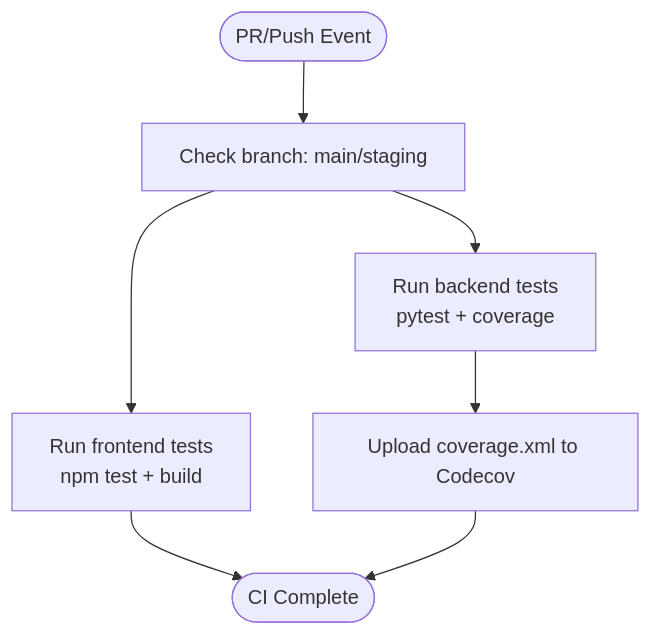
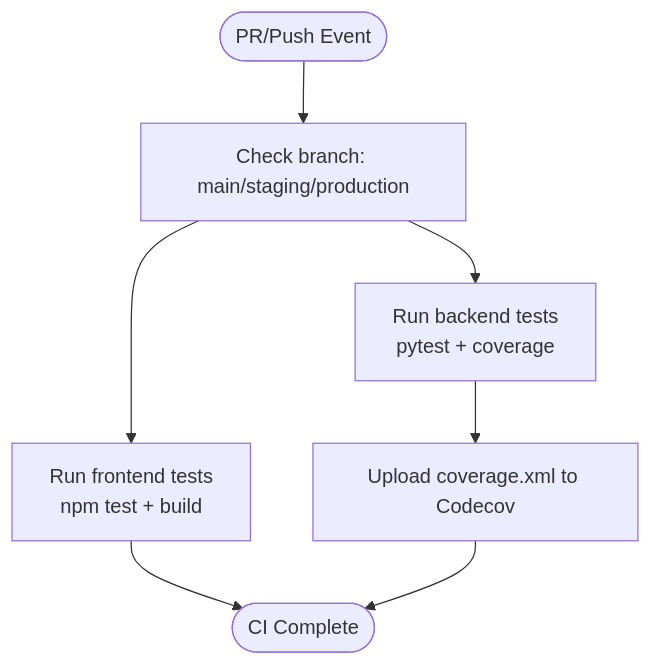
The third of 13 diagrams in .qoder/repowiki/en/content/Deployment & DevOps/CI_CD Pipelines.md (Revanththetalogics/aireume), drawn with Mermaid before and after one commit. The commit also changed other lines of this file and 9 other files, not shown here.

First line of the commit message:
fix: staging migration crash + preserve production volumes

````diff
--- a/.qoder/repowiki/en/content/Deployment & DevOps/CI_CD Pipelines.md
+++ b/.qoder/repowiki/en/content/Deployment & DevOps/CI_CD Pipelines.md
@@ -184,9 +208,9 @@
 ```mermaid
 flowchart TD
-Start(["PR/Push Event"]) --> CheckBranch["Check branch: main/staging"]
+Start(["PR/Push Event"]) --> CheckBranch["Check branch: main/staging/production"]
 CheckBranch --> BackendJob["Run backend tests<br/>pytest + coverage"]
 CheckBranch --> FrontendJob["Run frontend tests<br/>npm test + build"]
 BackendJob --> UploadCoverage["Upload coverage.xml to Codecov"]
 FrontendJob --> End(["CI Complete"])
 UploadCoverage --> End
 ```
````
